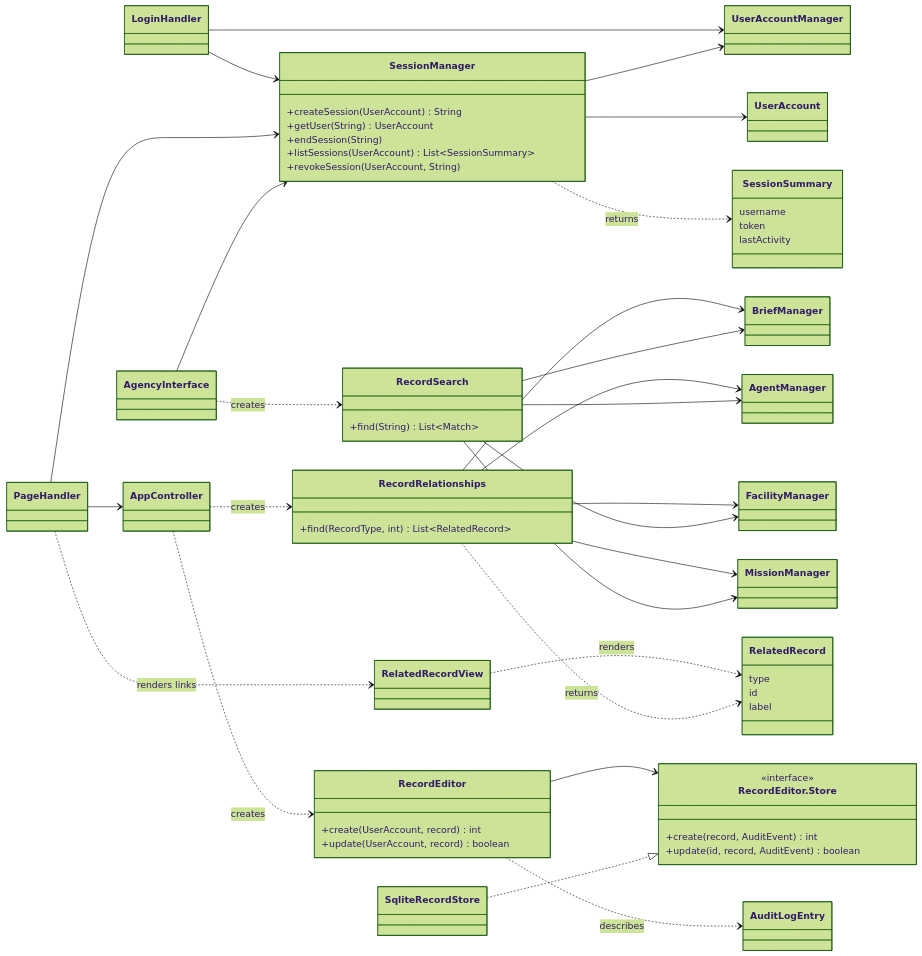
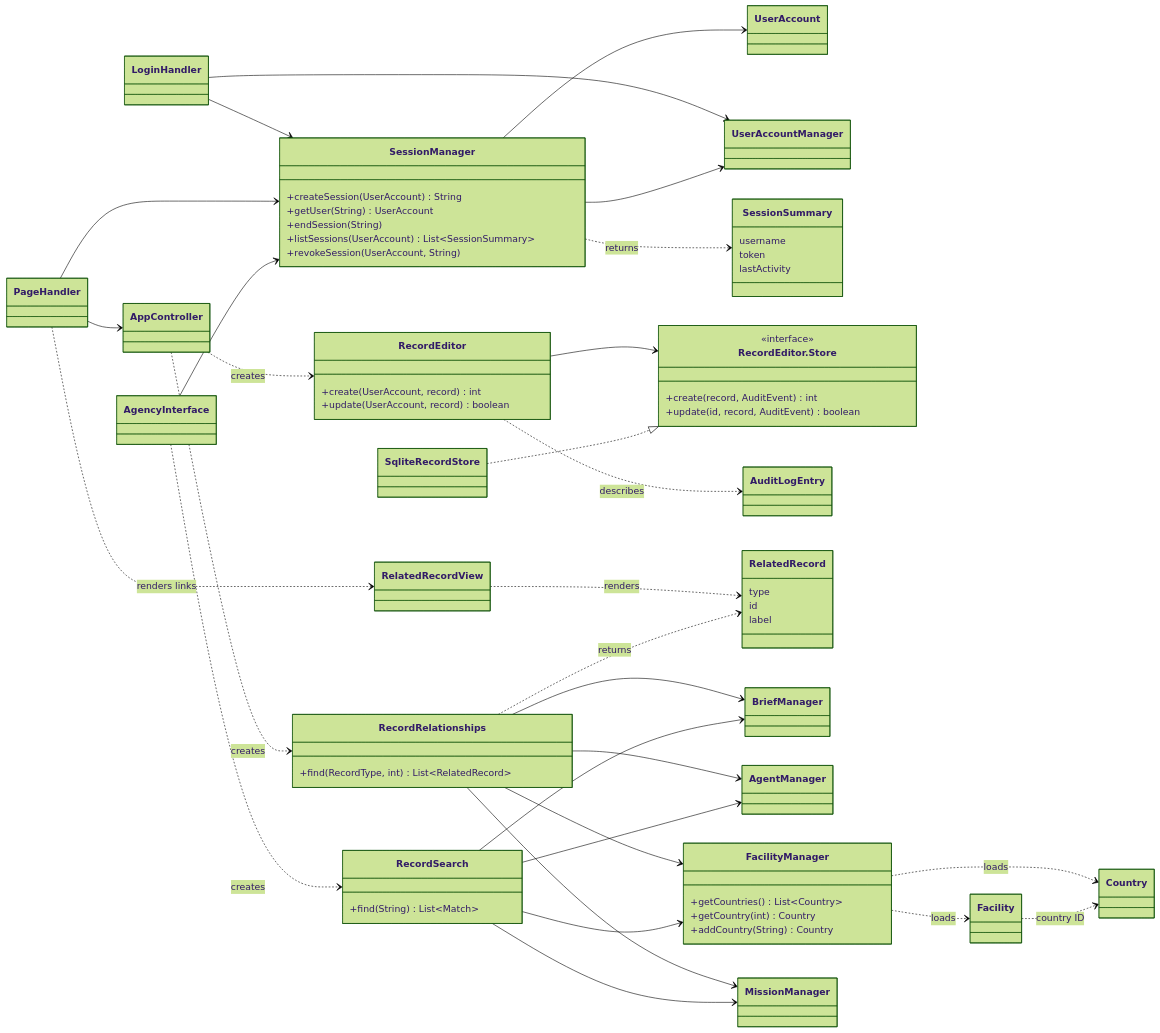
One commit to fa26-cs3140/2-15-TopSecret changed the first of 2 diagrams in docs/team-d/DESIGN.md. Above: the diagram before and after it, drawn with Mermaid (forest theme). The commit also changed other lines of this file and 7 other files, not shown here.

```diff
--- a/docs/team-d/DESIGN.md
+++ b/docs/team-d/DESIGN.md
@@ -50,7 +50,13 @@
     }
     class BriefManager
     class AgentManager
-    class FacilityManager
+    class FacilityManager {
+        +getCountries() List~Country~
+        +getCountry(int) Country
+        +addCountry(String) Country
+    }
+    class Country
+    class Facility
     class MissionManager
     class RelatedRecordView
 
@@ -63,6 +69,9 @@
     SessionManager --> UserAccountManager
     SessionManager --> UserAccount
     SessionManager ..> SessionSummary : returns
+    FacilityManager ..> Country : loads
+    FacilityManager ..> Facility : loads
+    Facility ..> Country : country ID
     RecordEditor --> EditStore
     RecordEditor ..> AuditLogEntry : describes
     RecordRelationships --> BriefManager
```
